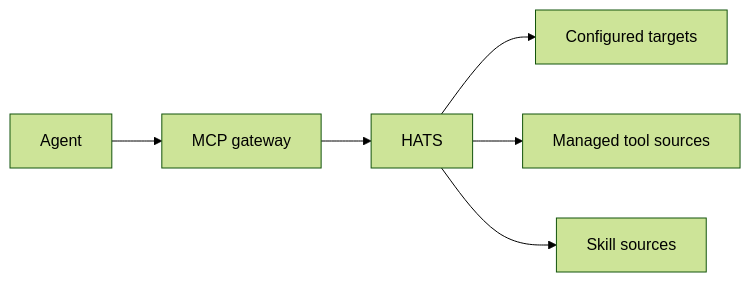
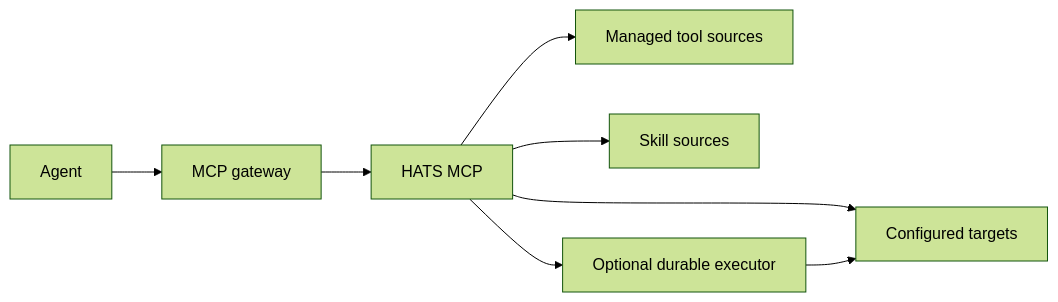
The diagram in README.md (X1pheR/hypershell-reach), drawn with Mermaid (forest theme) before and after one commit. The commit also changed other lines of this file and 24 other files, not shown here.

Commit message:
feat(execution): add durable async run executor

````diff
--- a/README.md
+++ b/README.md
@@ -11,8 +11,10 @@
 ```mermaid
 flowchart LR
     Agent[Agent] --> Gateway[MCP gateway]
-    Gateway --> HATS[HATS]
+    Gateway --> HATS[HATS MCP]
     HATS --> Targets[Configured targets]
     HATS --> Tools[Managed tool sources]
     HATS --> Skills[Skill sources]
+    HATS --> Executor[Optional durable executor]
+    Executor --> Targets
 ```
````
